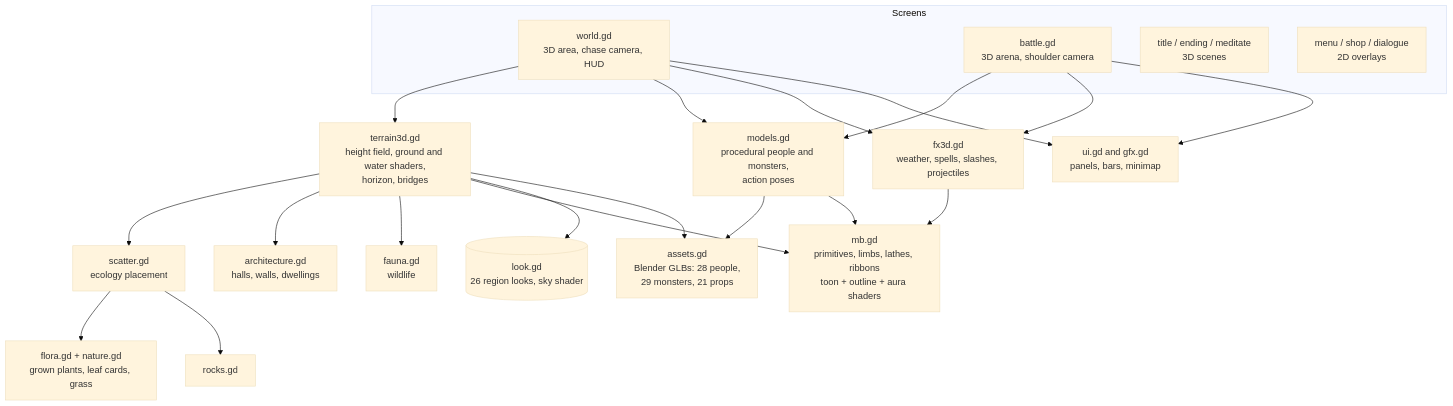
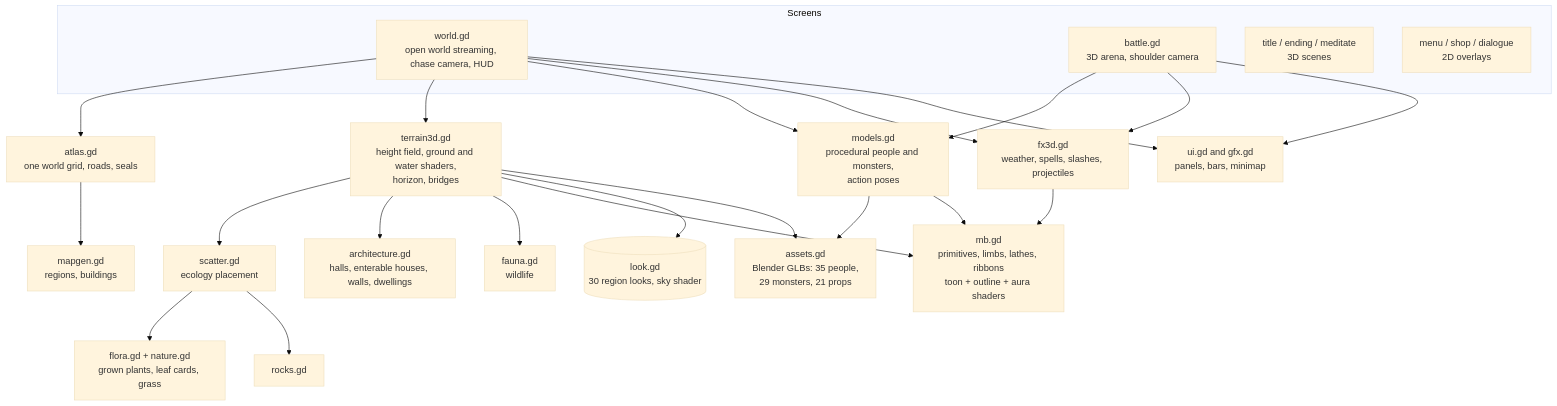
One commit to jgyy/timegox changed the tenth of 11 diagrams in README.md. Above: the diagram before and after it, drawn with Mermaid (base theme). The commit also changed other lines of this file and 43 other files, not shown here.

Commit message:
One open world, enterable buildings, less squarish terrain, Part VII (+1 hour), bug fixes (#7)

````diff
--- a/README.md
+++ b/README.md
@@ -370,27 +498,29 @@
 ```mermaid
 flowchart TD
     subgraph Screens
-        W[world.gd<br/>3D area, chase camera, HUD]
+        W[world.gd<br/>open world streaming, chase camera, HUD]
         B[battle.gd<br/>3D arena, shoulder camera]
         T[title / ending / meditate<br/>3D scenes]
         M[menu / shop / dialogue<br/>2D overlays]
     end
+    W --> ATL[atlas.gd<br/>one world grid, roads, seals]
+    ATL --> MG2[mapgen.gd<br/>regions, buildings]
     W --> TER[terrain3d.gd<br/>height field, ground and water shaders,<br/>horizon, bridges]
     TER --> SC[scatter.gd<br/>ecology placement]
     SC --> FL[flora.gd + nature.gd<br/>grown plants, leaf cards, grass]
     SC --> RK[rocks.gd]
-    TER --> ARC[architecture.gd<br/>halls, walls, dwellings]
+    TER --> ARC[architecture.gd<br/>halls, enterable houses, walls, dwellings]
     TER --> FA[fauna.gd<br/>wildlife]
     W --> MOD[models.gd<br/>procedural people and monsters,<br/>action poses]
-    MOD --> AS[assets.gd<br/>Blender GLBs: 28 people,<br/>29 monsters, 21 props]
+    MOD --> AS[assets.gd<br/>Blender GLBs: 35 people,<br/>29 monsters, 21 props]
     B --> MOD
     B --> FX[fx3d.gd<br/>weather, spells, slashes, projectiles]
     W --> FX
     TER --> MB[mb.gd<br/>primitives, limbs, lathes, ribbons<br/>toon + outline + aura shaders]
     MOD --> MB
     FX --> MB
-    TER --> LK[(look.gd<br/>26 region looks, sky shader)]
+    TER --> LK[(look.gd<br/>30 region looks, sky shader)]
     TER --> AS
     W --> UI[ui.gd and gfx.gd<br/>panels, bars, minimap]
     B --> UI
 ```
````
